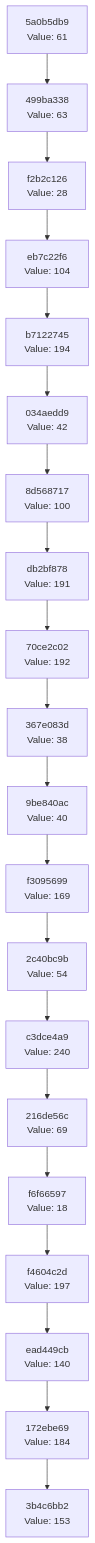
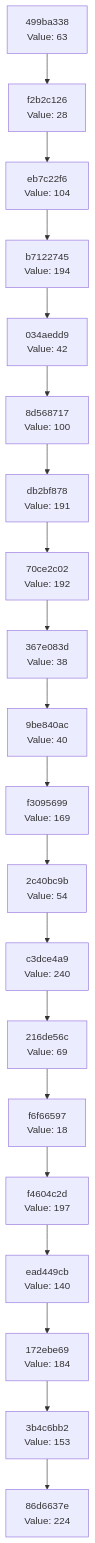
The diagram in docs/CHAIN_VISUALIZATION.md (Abhisheksinha1506/hash-chain-evolver), drawn with Mermaid before and after one commit. The commit also changed 3 other files, not shown here.

````diff
--- a/docs/CHAIN_VISUALIZATION.md
+++ b/docs/CHAIN_VISUALIZATION.md
@@ -3,42 +3,42 @@
 ```mermaid
 graph TD
-    C0["3b4c6bb2<br/>Value: 153"]
-    C1["172ebe69<br/>Value: 184"]
+    C0["86d6637e<br/>Value: 224"]
+    C1["3b4c6bb2<br/>Value: 153"]
     C1 --> C0
-    C2["ead449cb<br/>Value: 140"]
+    C2["172ebe69<br/>Value: 184"]
     C2 --> C1
-    C3["f4604c2d<br/>Value: 197"]
+    C3["ead449cb<br/>Value: 140"]
     C3 --> C2
-    C4["f6f66597<br/>Value: 18"]
+    C4["f4604c2d<br/>Value: 197"]
     C4 --> C3
-    C5["216de56c<br/>Value: 69"]
+    C5["f6f66597<br/>Value: 18"]
     C5 --> C4
-    C6["c3dce4a9<br/>Value: 240"]
+    C6["216de56c<br/>Value: 69"]
     C6 --> C5
-    C7["2c40bc9b<br/>Value: 54"]
+    C7["c3dce4a9<br/>Value: 240"]
     C7 --> C6
-    C8["f3095699<br/>Value: 169"]
+    C8["2c40bc9b<br/>Value: 54"]
     C8 --> C7
-    C9["9be840ac<br/>Value: 40"]
+    C9["f3095699<br/>Value: 169"]
     C9 --> C8
-    C10["367e083d<br/>Value: 38"]
+    C10["9be840ac<br/>Value: 40"]
     C10 --> C9
-    C11["70ce2c02<br/>Value: 192"]
+    C11["367e083d<br/>Value: 38"]
     C11 --> C10
-    C12["db2bf878<br/>Value: 191"]
+    C12["70ce2c02<br/>Value: 192"]
     C12 --> C11
-    C13["8d568717<br/>Value: 100"]
+    C13["db2bf878<br/>Value: 191"]
     C13 --> C12
-    C14["034aedd9<br/>Value: 42"]
+    C14["8d568717<br/>Value: 100"]
     C14 --> C13
-    C15["b7122745<br/>Value: 194"]
+    C15["034aedd9<br/>Value: 42"]
     C15 --> C14
-    C16["eb7c22f6<br/>Value: 104"]
+    C16["b7122745<br/>Value: 194"]
     C16 --> C15
-    C17["f2b2c126<br/>Value: 28"]
+    C17["eb7c22f6<br/>Value: 104"]
     C17 --> C16
-    C18["499ba338<br/>Value: 63"]
+    C18["f2b2c126<br/>Value: 28"]
     C18 --> C17
-    C19["5a0b5db9<br/>Value: 61"]
+    C19["499ba338<br/>Value: 63"]
     C19 --> C18
 ```
````
